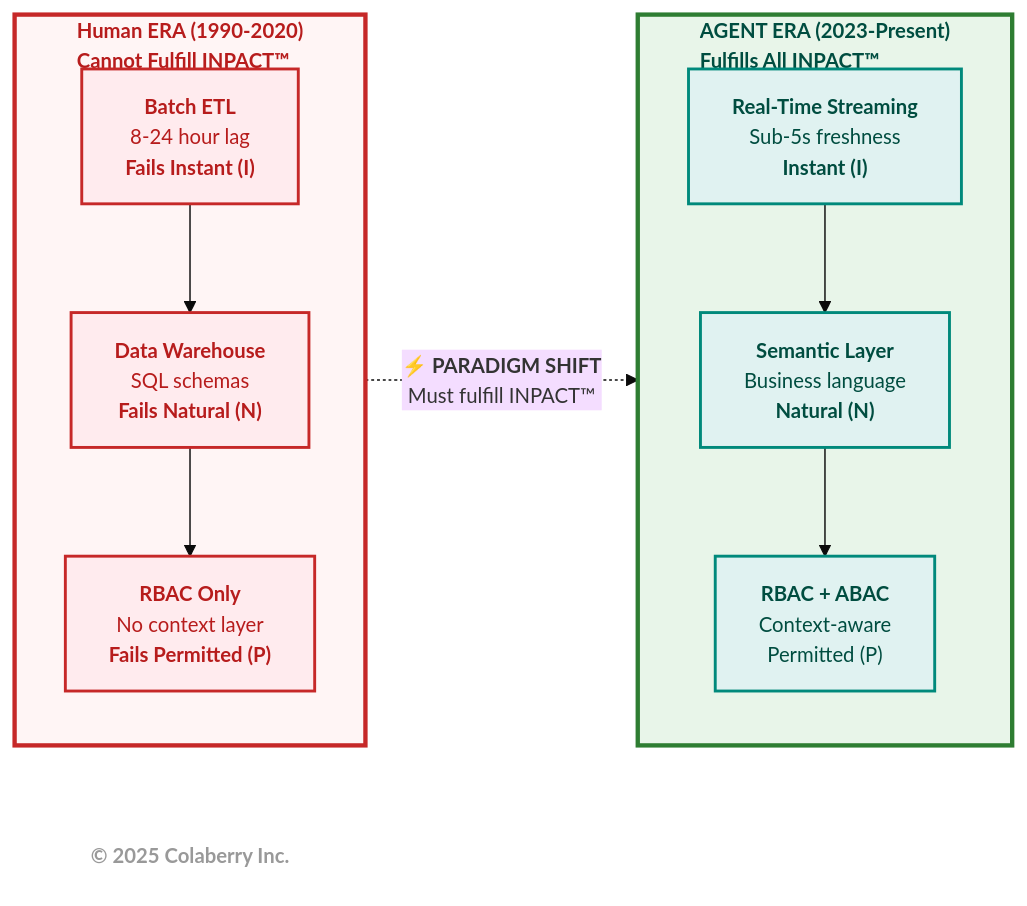
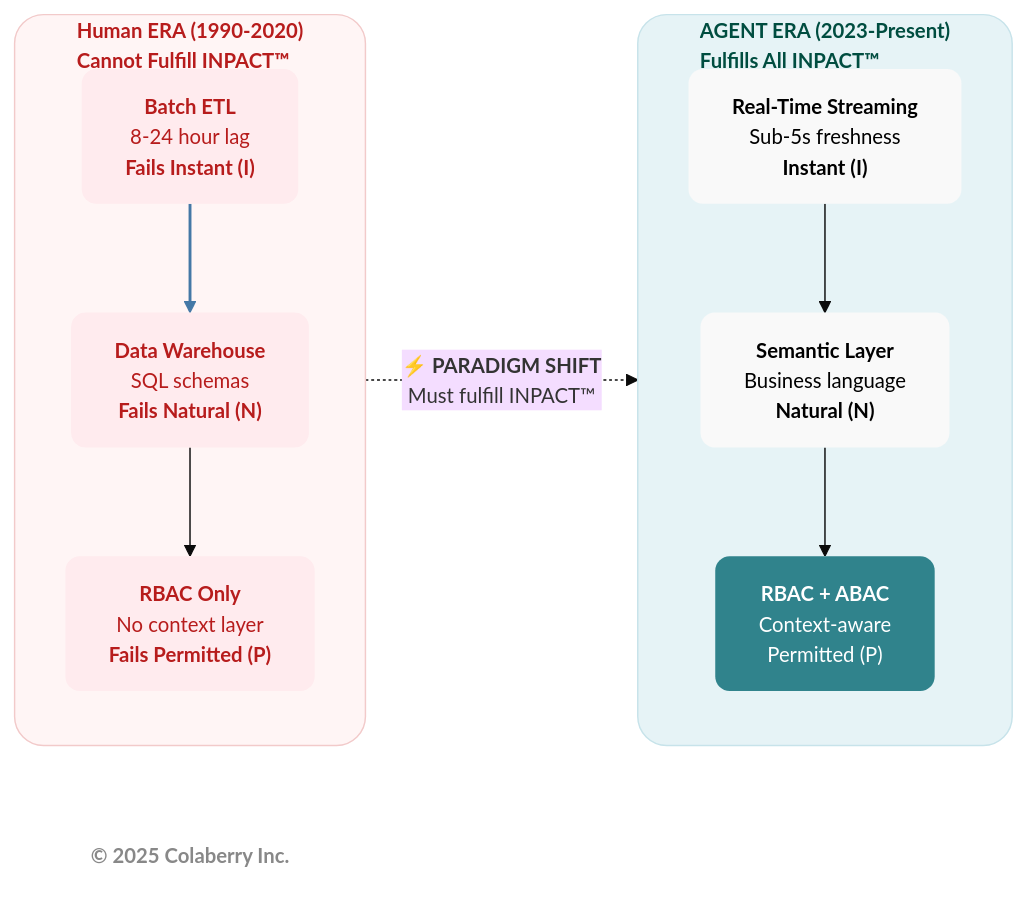
The fifth of 6 diagrams in manuscript/02_chapter_1_why_agents_fail.md (saitejesh-cyber/trust-before-intelligence-book), drawn with Mermaid before and after one commit. The commit also changed other lines of this file and 4 other files, not shown here.

Commit message:
Chapter 1to5: Updated mermaid diagrams based on new colaberry color code

````diff
--- a/manuscript/02_chapter_1_why_agents_fail.md
+++ b/manuscript/02_chapter_1_why_agents_fail.md
@@ -554,43 +556,41 @@
 ```mermaid
 %%{init: {'theme':'base', 'themeVariables': {'fontSize':'14px'}}}%%
 
 graph LR
     %% BI ERA (1990-2020) - Red Subgraph
     subgraph BI["<b>Human ERA (1990-2020) <br/> Cannot Fulfill INPACT™</b><br/>"]
         direction TB
         ETL["<b>Batch ETL</b><br/>8-24 hour lag<br/><b> Fails Instant (I)</b>"]
         DW["<b>Data Warehouse</b><br/>SQL schemas<br/><b> Fails Natural (N)</b>"]
         RBAC["<b>RBAC Only</b><br/>No context layer<br/><b> Fails Permitted (P)</b>"]
         
         ETL --> DW --> RBAC
     end
     
     %% PARADIGM SHIFT - Bold Arrow
     BI -.->|"<b>⚡ PARADIGM SHIFT</b><br/>Must fulfill INPACT™"| AGENT
     
     %% AGENT ERA (2023-) - Green Subgraph
     subgraph AGENT["<b>AGENT ERA (2023-Present) <br/> Fulfills All INPACT™</b><br/>"]
         direction TB
         STREAM["<b>Real-Time Streaming</b><br/>Sub-5s freshness<br/><b> Instant (I)</b>"]
         SEMANTIC["<b>Semantic Layer</b><br/>Business language<br/><b> Natural (N)</b>"]
         ABAC["<b>RBAC + ABAC</b><br/>Context-aware<br/> Permitted (P)"]
         
         STREAM --> SEMANTIC --> ABAC
     end
     
-    %% Styling - CORRECTED COLORS FROM APPROVED PALETTE
-    style BI fill:#fff5f5,stroke:#c62828,stroke-width:3px,color:#b71c1c
-    style AGENT fill:#e8f5e9,stroke:#2e7d32,stroke-width:3px,color:#004d40
-    
-    style ETL fill:#ffebee,stroke:#c62828,stroke-width:2px,color:#b71c1c
-    style DW fill:#ffebee,stroke:#c62828,stroke-width:2px,color:#b71c1c
-    style RBAC fill:#ffebee,stroke:#c62828,stroke-width:2px,color:#b71c1c
-    
-    style STREAM fill:#e0f2f1,stroke:#00897b,stroke-width:2px,color:#004d40
-    style SEMANTIC fill:#e0f2f1,stroke:#00897b,stroke-width:2px,color:#004d40
-    style ABAC fill:#e0f2f1,stroke:#00897b,stroke-width:2px,color:#004d40
-    
-    %% Copyright (MANDATORY)
+    %% HUMAN ERA — FAILURE / BI-ERA
+    style BI fill:#fff5f5,stroke:#f2caca,stroke-width:1px,color:#b71c1c,rx:20,ry:20
+    style ETL fill:#ffebee,stroke:none,color:#b71c1c,rx:10,ry:10
+    style DW fill:#ffebee,stroke:none,color:#b71c1c,rx:10,ry:10
+    style RBAC fill:#ffebee,stroke:none,color:#b71c1c,rx:10,ry:10
+    linkStyle 0 stroke:#4478A6,stroke-width:2px,color:#4478A6
+    %% AGENT ERA — TRUSTED / INPACT™-FULFILLED
+    style AGENT fill:#e6f3f6,stroke:#c7e3ea,stroke-width:1px,color:#004d40,rx:20,ry:20
+    style STREAM fill:#f9f9f9,stroke:none,color:#000000,rx:10,ry:10
+    style SEMANTIC fill:#f9f9f9,stroke:none,color:#000000,rx:10,ry:10
+    style ABAC fill:#30838C,stroke:none,color:#ffffff,rx:10,ry:10
     CR["<b>© 2025 Colaberry Inc.</b>"]
-    style CR fill:none,stroke:none,color:#999999
+    style CR fill:none,stroke:none,color:#888888
 ```
````
